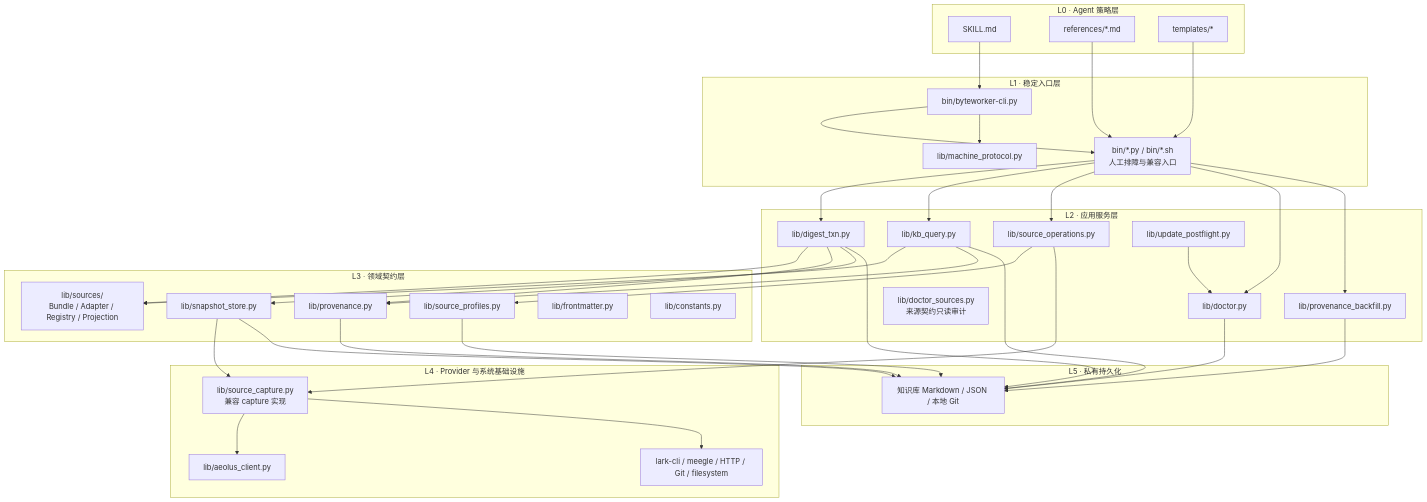
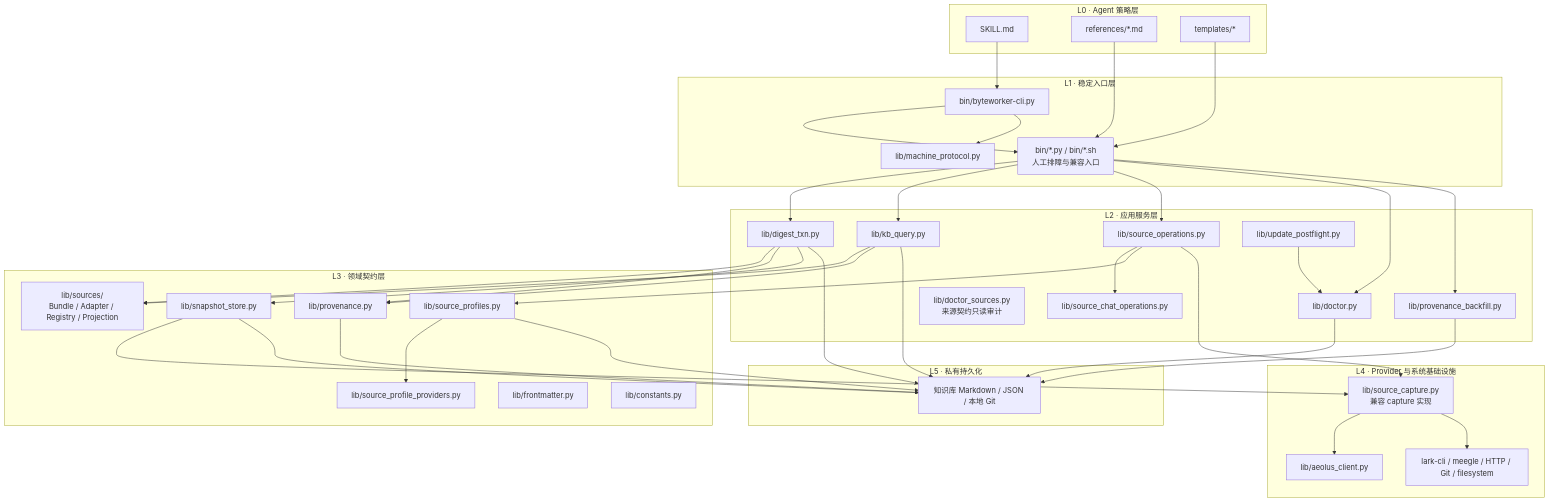
Before and after one commit to ranjiao/byteworker: diagram 12 of 18 in ARCHITECTURE.md, drawn with Mermaid. The commit also changed other lines of this file and 42 other files, not shown here.

````diff
--- a/ARCHITECTURE.md
+++ b/ARCHITECTURE.md
@@ -380,72 +383,76 @@
 ```mermaid
 flowchart TB
     subgraph L0["L0 · Agent 策略层"]
         SK["SKILL.md"]
         RF["references/*.md"]
         TM["templates/*"]
     end
 
     subgraph L1["L1 · 稳定入口层"]
         CLI["bin/byteworker-cli.py"]
         MP["lib/machine_protocol.py"]
         DIRECT["bin/*.py / bin/*.sh<br/>人工排障与兼容入口"]
     end
 
     subgraph L2["L2 · 应用服务层"]
         DT["lib/digest_txn.py"]
         KQ["lib/kb_query.py"]
         SO["lib/source_operations.py"]
+        SCO["lib/source_chat_operations.py"]
         DOC["lib/doctor.py"]
         DS["lib/doctor_sources.py<br/>来源契约只读审计"]
         PB["lib/provenance_backfill.py"]
         UP["lib/update_postflight.py"]
     end
 
     subgraph L3["L3 · 领域契约层"]
         SRC["lib/sources/<br/>Bundle / Adapter / Registry / Projection"]
         PR["lib/provenance.py"]
         SP["lib/source_profiles.py"]
+        SPP["lib/source_profile_providers.py"]
         SS["lib/snapshot_store.py"]
         FM["lib/frontmatter.py"]
         CO["lib/constants.py"]
     end
 
     subgraph L4["L4 · Provider 与系统基础设施"]
         SC["lib/source_capture.py<br/>兼容 capture 实现"]
         AE["lib/aeolus_client.py"]
         EXT["lark-cli / meegle / HTTP / Git / filesystem"]
     end
 
     subgraph L5["L5 · 私有持久化"]
         KB["知识库 Markdown / JSON / 本地 Git"]
     end
 
     SK --> CLI
     RF --> DIRECT
     TM --> DIRECT
     CLI --> DIRECT
     CLI --> MP
     DIRECT --> DT
     DIRECT --> KQ
     DIRECT --> SO
+    SO --> SCO
     DIRECT --> DOC
     DIRECT --> PB
     DT --> SRC
     DT --> PR
     DT --> SS
     KQ --> SRC
     KQ --> PR
     SO --> SP
+    SP --> SPP
     SO --> SC
     SS --> SC
     SC --> AE
     SC --> EXT
     DT --> KB
     KQ --> KB
     DOC --> KB
     PB --> KB
     UP --> DOC
     PR --> KB
     SP --> KB
     SS --> KB
 ```
````
